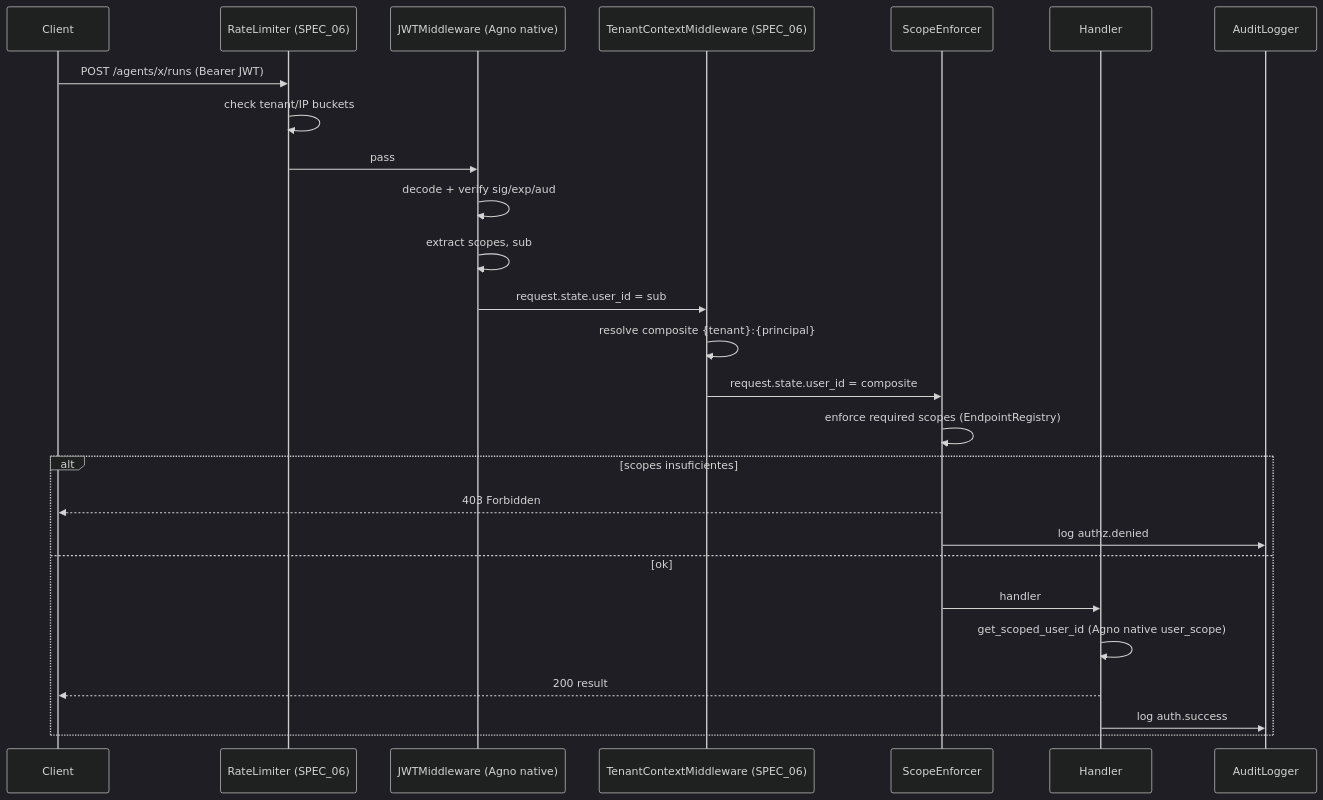
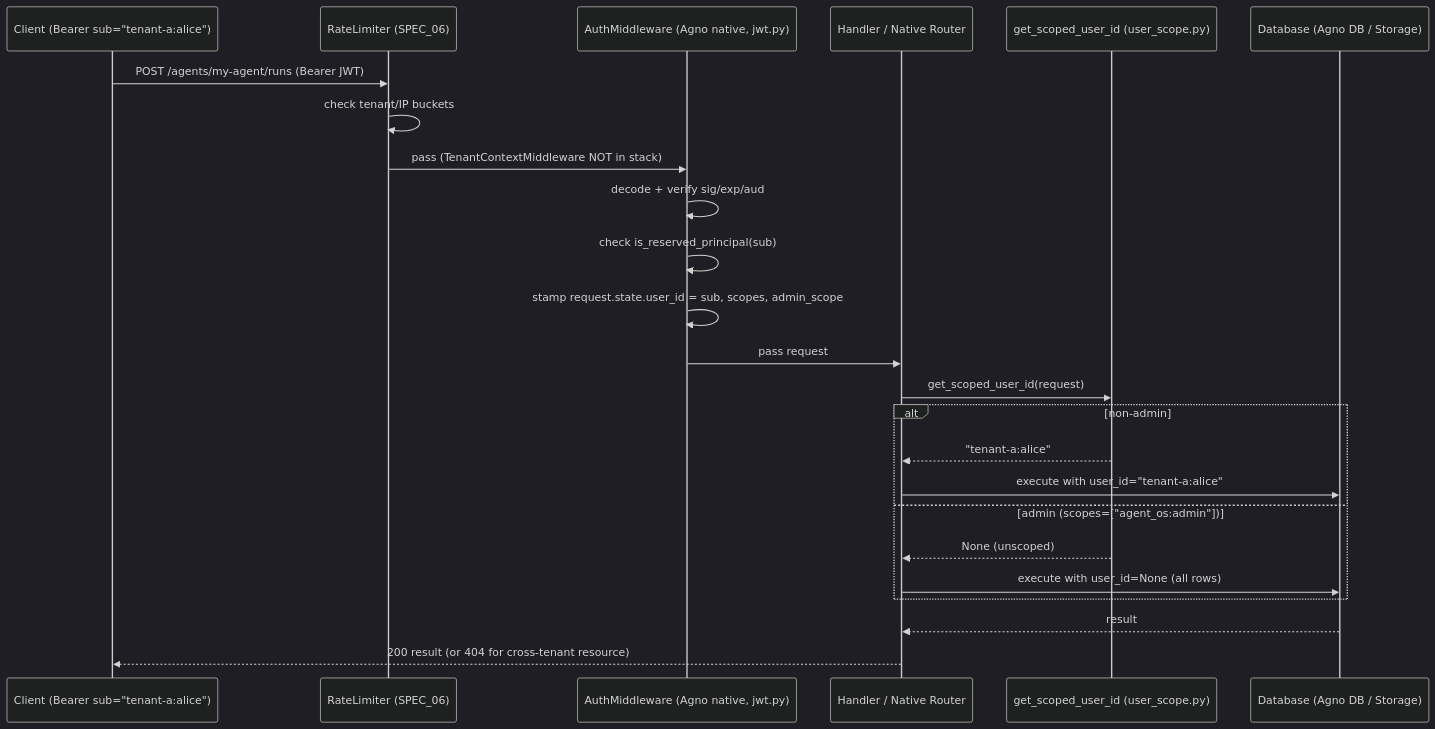
The diagram in specs/SPEC_19_SECURITY_AUTH_API_SURFACE.md (CENFARG/yaml-agno), drawn with Mermaid (dark theme) before and after one commit. The commit also changed other lines of this file, not shown here.

Commit message:
docs(spec): SPEC_19 native auth + admin contract (S5a.1)

````diff
--- a/specs/SPEC_19_SECURITY_AUTH_API_SURFACE.md
+++ b/specs/SPEC_19_SECURITY_AUTH_API_SURFACE.md
@@ -1078,29 +1023,27 @@
 ```mermaid
 sequenceDiagram
-    participant C as Client
+    participant C as Client (Bearer sub="tenant-a:alice")
     participant R as RateLimiter (SPEC_06)
-    participant J as JWTMiddleware (Agno native)
-    participant T as TenantContextMiddleware (SPEC_06)
-    participant E as ScopeEnforcer
-    participant H as Handler
-    participant A as AuditLogger
+    participant AM as AuthMiddleware (Agno native, jwt.py)
+    participant H as Handler / Native Router
+    participant GS as get_scoped_user_id (user_scope.py)
+    participant DB as Database (Agno DB / Storage)
 
-    C->>R: POST /agents/x/runs (Bearer JWT)
+    C->>R: POST /agents/my-agent/runs (Bearer JWT)
     R->>R: check tenant/IP buckets
-    R->>J: pass
-    J->>J: decode + verify sig/exp/aud
-    J->>J: extract scopes, sub
-    J->>T: request.state.user_id = sub
-    T->>T: resolve composite {tenant}:{principal}
-    T->>E: request.state.user_id = composite
-    E->>E: enforce required scopes (EndpointRegistry)
-    alt scopes insuficientes
-        E-->>C: 403 Forbidden
-        E->>A: log authz.denied
-    else ok
-        E->>H: handler
-        H->>H: get_scoped_user_id (Agno native user_scope)
-        H-->>C: 200 result
-        H->>A: log auth.success
+    R->>AM: pass (TenantContextMiddleware NOT in stack)
+    AM->>AM: decode + verify sig/exp/aud
+    AM->>AM: check is_reserved_principal(sub)
+    AM->>AM: stamp request.state.user_id = sub, scopes, admin_scope
+    AM->>H: pass request
+    H->>GS: get_scoped_user_id(request)
+    alt non-admin
+        GS-->>H: "tenant-a:alice"
+        H->>DB: execute with user_id="tenant-a:alice"
+    else admin (scopes=["agent_os:admin"])
+        GS-->>H: None (unscoped)
+        H->>DB: execute with user_id=None (all rows)
     end
+    DB-->>H: result
+    H-->>C: 200 result (or 404 for cross-tenant resource)
 ```
````
